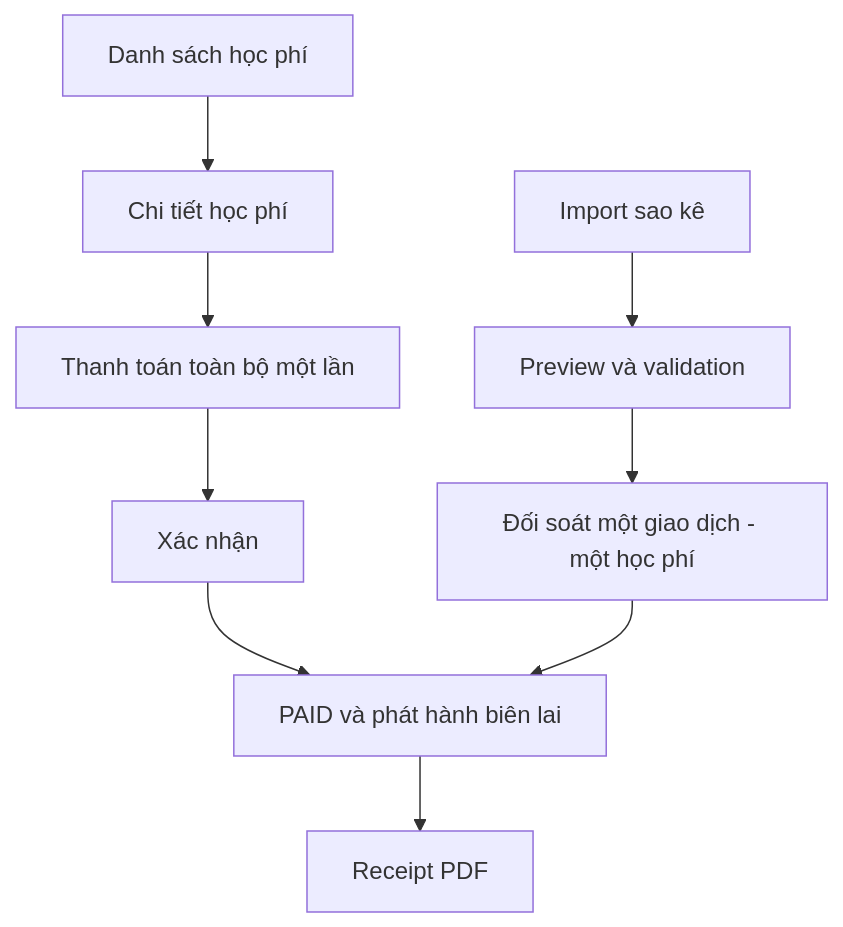
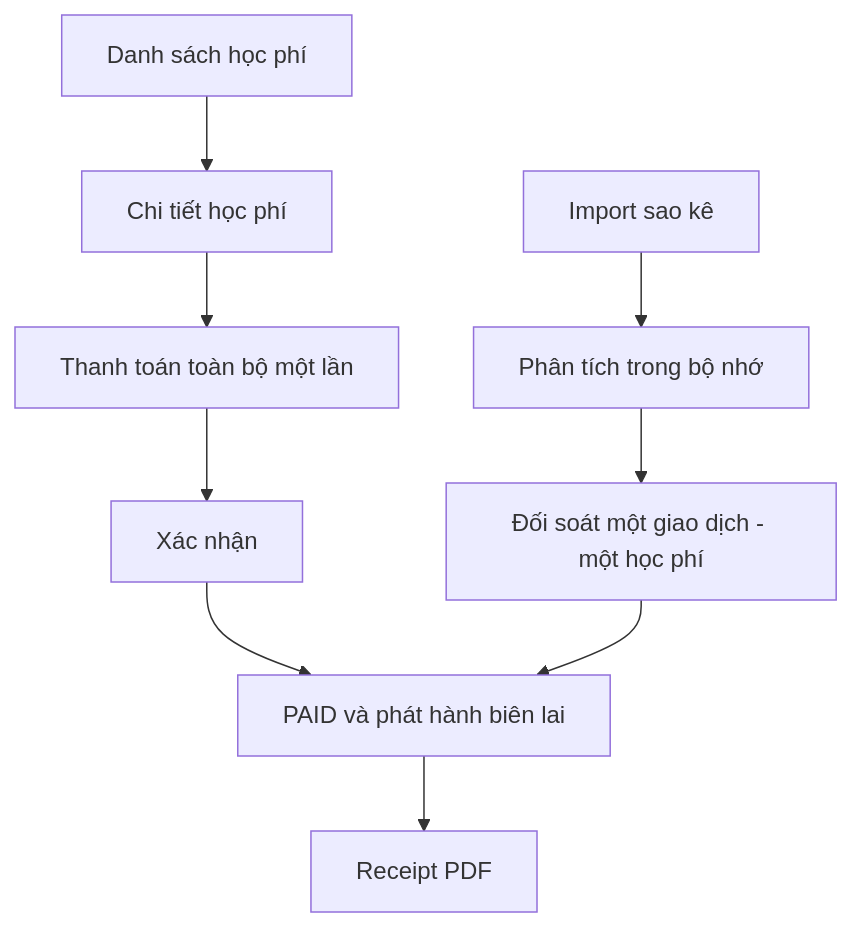
The diagram in docs/tuition/ui/navigation-flow.md (mh-thuy/edu), drawn with Mermaid before and after one commit. The commit also changed other lines of this file and 29 other files, not shown here.

````diff
--- a/docs/tuition/ui/navigation-flow.md
+++ b/docs/tuition/ui/navigation-flow.md
@@ -3,11 +3,11 @@
 ```mermaid
 flowchart TD
   A[Danh sách học phí] --> B[Chi tiết học phí]
   B --> C[Thanh toán toàn bộ một lần]
   C --> D[Xác nhận]
   D --> E[PAID và phát hành biên lai]
-  F[Import sao kê] --> G[Preview và validation]
+  F[Import sao kê] --> G[Phân tích trong bộ nhớ]
   G --> H[Đối soát một giao dịch - một học phí]
   H --> E
   E --> I[Receipt PDF]
 ```
````
